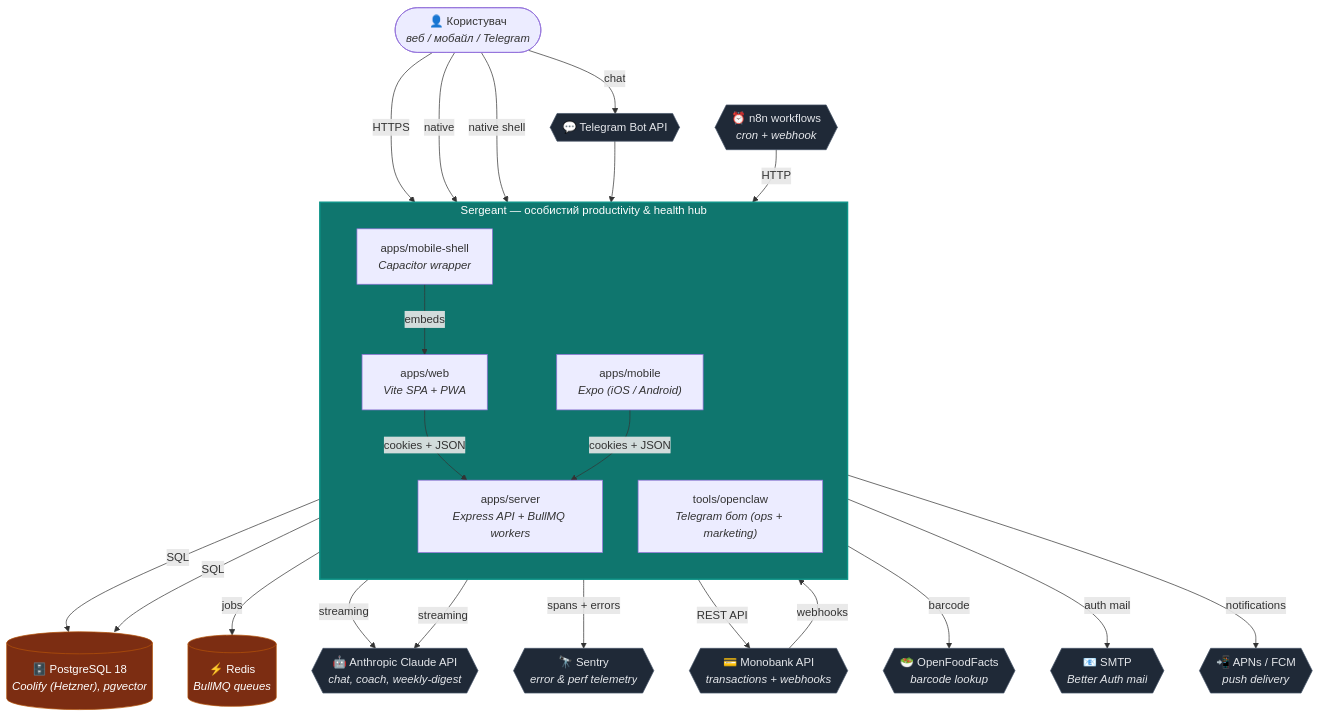
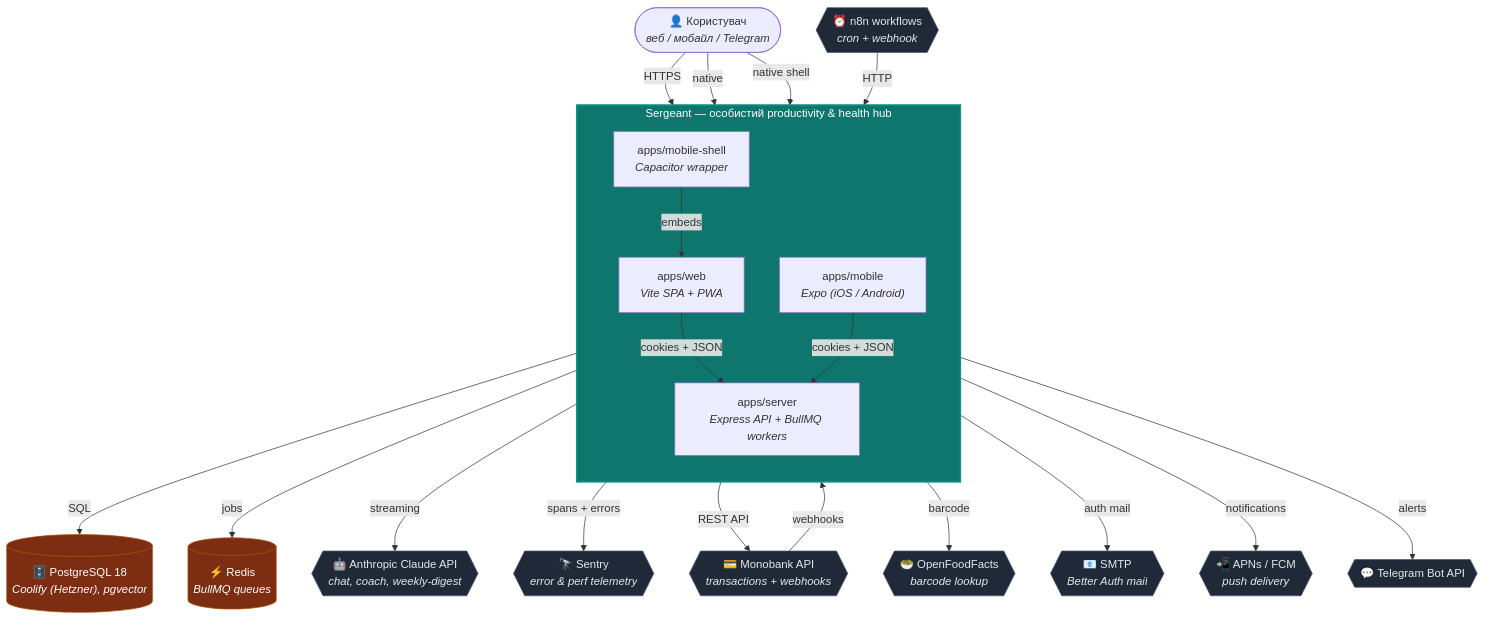
The diagram in docs/02-engineering/architecture/diagrams/c1-system-context.md (SkOrDs-02/sergeant), drawn with Mermaid before and after one commit. The commit also changed other lines of this file and 27 other files, not shown here.

````diff
--- a/docs/02-engineering/architecture/diagrams/c1-system-context.md
+++ b/docs/02-engineering/architecture/diagrams/c1-system-context.md
@@ -8,54 +8,50 @@
 ```mermaid
 flowchart TB
     User(["👤 Користувач<br/><i>веб / мобайл / Telegram</i>"])
 
     subgraph Sergeant["Sergeant — особистий productivity & health hub"]
         direction TB
         WebApp["apps/web<br/><i>Vite SPA + PWA</i>"]
         MobileApp["apps/mobile<br/><i>Expo (iOS / Android)</i>"]
         ShellApp["apps/mobile-shell<br/><i>Capacitor wrapper</i>"]
         Server["apps/server<br/><i>Express API + BullMQ workers</i>"]
-        Console["tools/openclaw<br/><i>Telegram бот (ops + marketing)</i>"]
     end
 
     Postgres[("🗄️ PostgreSQL 18<br/><i>Coolify (Hetzner), pgvector</i>")]
     Redis[("⚡ Redis<br/><i>BullMQ queues</i>")]
     Anthropic{{"🤖 Anthropic Claude API<br/><i>chat, coach, weekly-digest</i>"}}
     Sentry{{"🔭 Sentry<br/><i>error & perf telemetry</i>"}}
     n8n{{"⏰ n8n workflows<br/><i>cron + webhook</i>"}}
     Mono{{"💳 Monobank API<br/><i>transactions + webhooks</i>"}}
     OFF{{"🥗 OpenFoodFacts<br/><i>barcode lookup</i>"}}
     SMTP{{"📧 SMTP<br/><i>Better Auth mail</i>"}}
     Push{{"📲 APNs / FCM<br/><i>push delivery</i>"}}
     Telegram{{"💬 Telegram Bot API"}}
 
     User -->|HTTPS| WebApp
     User -->|native| MobileApp
     User -->|native shell| ShellApp
-    User -->|chat| Telegram
 
     ShellApp -->|embeds| WebApp
     WebApp -->|cookies + JSON| Server
     MobileApp -->|cookies + JSON| Server
-    Telegram --> Console
 
     Server -->|SQL| Postgres
     Server -->|jobs| Redis
     Server -->|streaming| Anthropic
     Server -->|spans + errors| Sentry
     Server -->|REST API| Mono
     Mono -->|webhooks| Server
     Server -->|barcode| OFF
     Server -->|auth mail| SMTP
     Server -->|notifications| Push
+    Server -->|alerts| Telegram
     n8n -->|HTTP| Server
-    Console -->|SQL| Postgres
-    Console -->|streaming| Anthropic
 
     classDef sys fill:#0f766e,stroke:#0d9488,color:#fff,stroke-width:2px
     classDef ext fill:#1f2937,stroke:#475569,color:#e5e7eb
     classDef store fill:#7c2d12,stroke:#b45309,color:#fff
     class Sergeant sys
     class Postgres,Redis store
     class Anthropic,Sentry,n8n,Mono,OFF,SMTP,Push,Telegram ext
 ```
````
